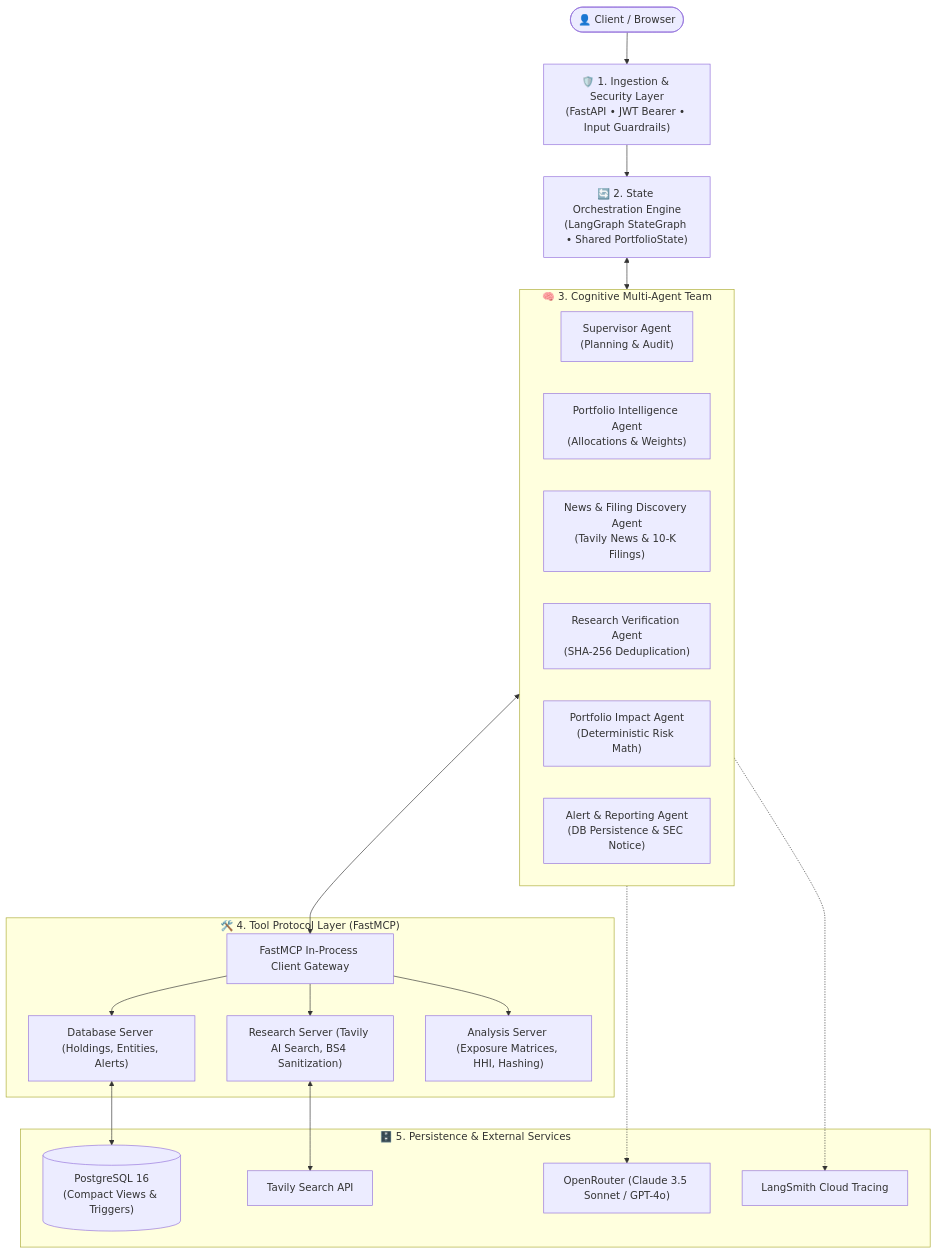
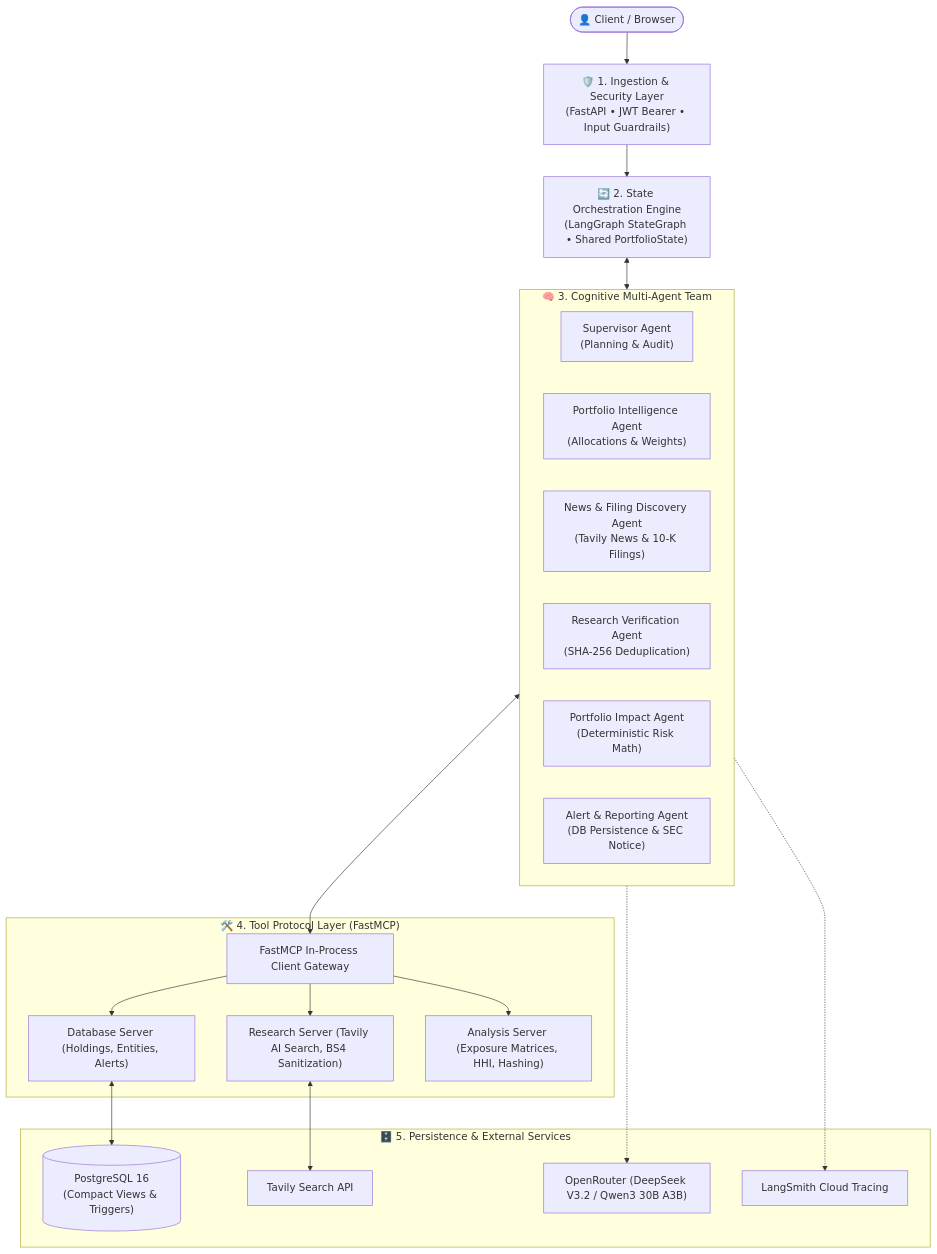
The diagram in README.md (shettigarpratham6-web/Portfolio-Health-Monitor), drawn with Mermaid before and after one commit. The commit also changed other lines of this file and 3 other files, not shown here.

````diff
--- a/README.md
+++ b/README.md
@@ -34,38 +34,38 @@
 ```mermaid
 flowchart TD
     User(["👤 Client / Browser"]) --> Ingress["🛡️ 1. Ingestion & Security Layer\n(FastAPI • JWT Bearer • Input Guardrails)"]
     Ingress --> StateGraph["🔄 2. State Orchestration Engine\n(LangGraph StateGraph • Shared PortfolioState)"]
     
     subgraph MultiAgentCore ["🧠 3. Cognitive Multi-Agent Team"]
         Supervisor["Supervisor Agent\n(Planning & Audit)"]
         PortfolioA["Portfolio Intelligence Agent\n(Allocations & Weights)"]
         DiscoveryA["News & Filing Discovery Agent\n(Tavily News & 10-K Filings)"]
         VerifyA["Research Verification Agent\n(SHA-256 Deduplication)"]
         ImpactA["Portfolio Impact Agent\n(Deterministic Risk Math)"]
         ReportA["Alert & Reporting Agent\n(DB Persistence & SEC Notice)"]
     end
     
     StateGraph <--> MultiAgentCore
     
     subgraph MCPLayer ["🛠️ 4. Tool Protocol Layer (FastMCP)"]
         Gateway["FastMCP In-Process Client Gateway"]
         DBSrv["Database Server (Holdings, Entities, Alerts)"]
         ResSrv["Research Server (Tavily AI Search, BS4 Sanitization)"]
         AnaSrv["Analysis Server (Exposure Matrices, HHI, Hashing)"]
     end
     
     MultiAgentCore <--> Gateway
     Gateway --> DBSrv & ResSrv & AnaSrv
     
     subgraph StorageObservability ["🗄️ 5. Persistence & External Services"]
         PG[("PostgreSQL 16\n(Compact Views & Triggers)")]
         TavilyAPI["Tavily Search API"]
-        OpenRouter["OpenRouter (Claude 3.5 Sonnet / GPT-4o)"]
+        OpenRouter["OpenRouter (DeepSeek V3.2 / Qwen3 30B A3B)"]
         LangSmith["LangSmith Cloud Tracing"]
     end
     
     DBSrv <--> PG
     ResSrv <--> TavilyAPI
     MultiAgentCore -.-> OpenRouter
     MultiAgentCore -.-> LangSmith
 ```
````
